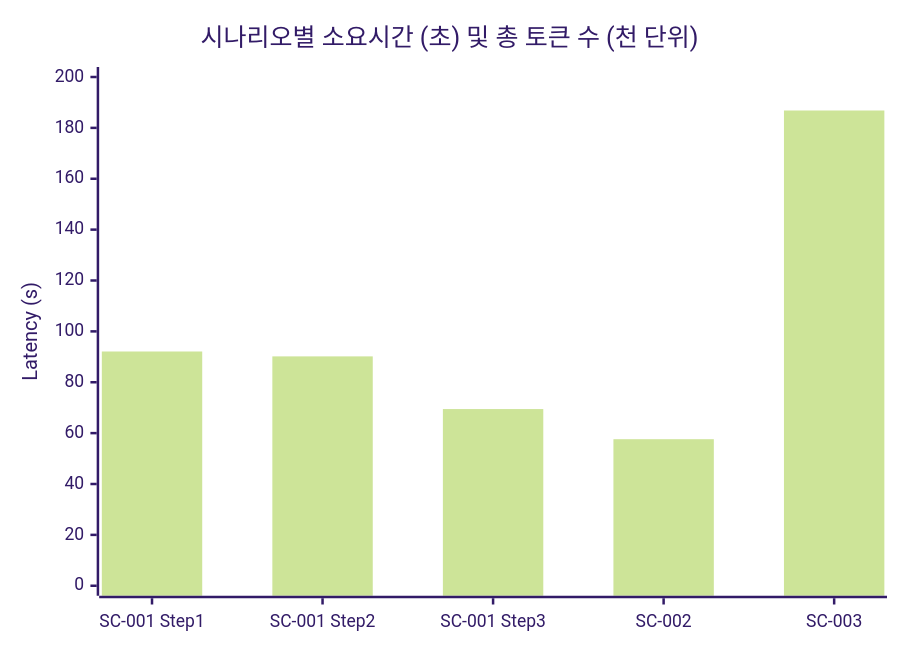
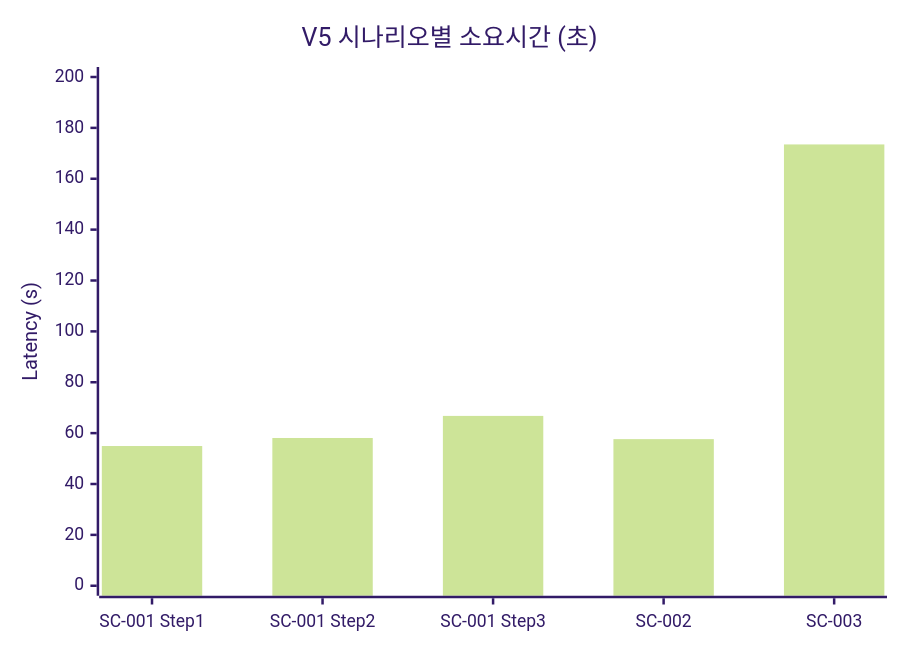
The second of 2 diagrams in docs/analysis/KPI_EVALUATION_REPORT_2026-11-14.md (yjjungyo/ai-legal-helper), drawn with Mermaid (forest theme) before and after one commit. The commit also changed other lines of this file and 72 other files, not shown here.

````diff
--- a/docs/analysis/KPI_EVALUATION_REPORT_2026-11-14.md
+++ b/docs/analysis/KPI_EVALUATION_REPORT_2026-11-14.md
@@ -129,7 +127,7 @@
 ```mermaid
 xychart-beta
-  title "시나리오별 소요시간 (초) 및 총 토큰 수 (천 단위)"
+  title "V5 시나리오별 소요시간 (초)"
   x-axis ["SC-001 Step1", "SC-001 Step2", "SC-001 Step3", "SC-002", "SC-003"]
   y-axis "Latency (s)" 0 --> 200
-  bar [92.09, 90.17, 69.46, 57.61, 186.83]
+  bar [54.93, 58.09, 66.77, 57.64, 173.49]
 ```
````
